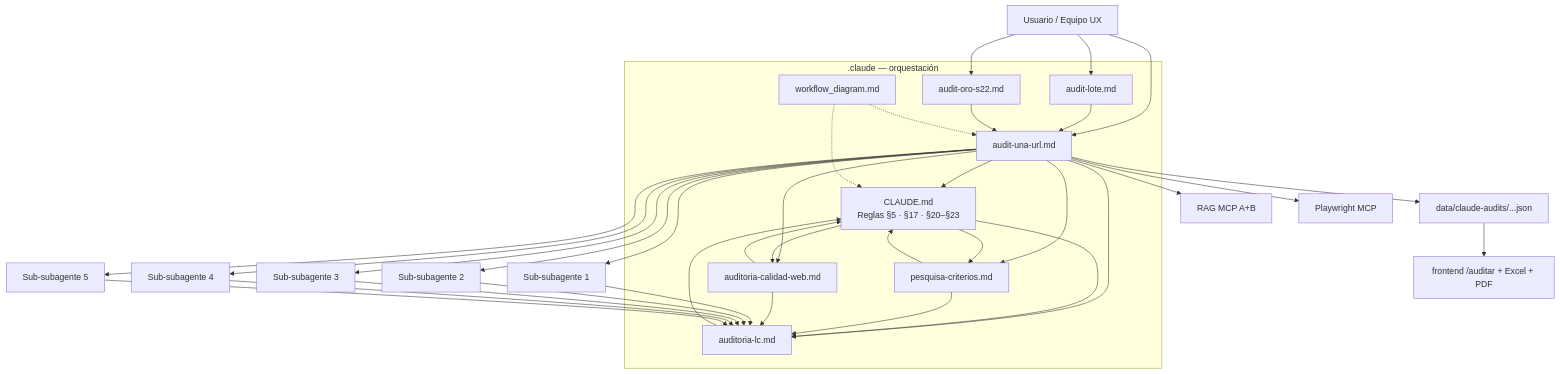
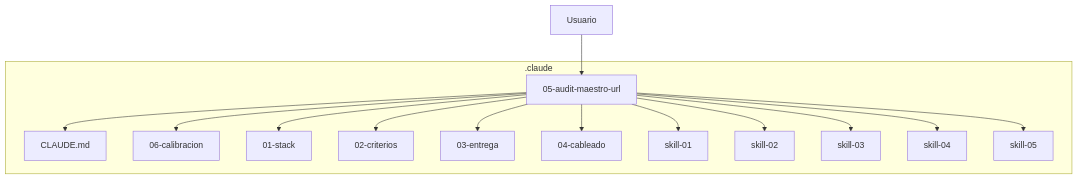
Before and after one commit to Fernandodesign96/lc-inapi.app: the first of 2 diagrams in .claude/diagrams/workflow_diagram.md, drawn with Mermaid. The commit also changed other lines of this file and 40 other files, not shown here.

````diff
--- a/.claude/diagrams/workflow_diagram.md
+++ b/.claude/diagrams/workflow_diagram.md
@@ -39,48 +18,29 @@
 ```mermaid
 flowchart TB
-  subgraph hub[".claude — orquestación"]
-    CM[CLAUDE.md<br/>Reglas §5 · §17 · §20–§23]
-    P1[audit-una-url.md]
-    P2[audit-lote.md]
-    P3[audit-oro-s22.md]
-    S1[auditoria-lc.md]
-    S2[auditoria-calidad-web.md]
-    S3[pesquisa-criterios.md]
-    DG[workflow_diagram.md]
+  subgraph hub[".claude"]
+    CM[CLAUDE.md]
+    P5[05-audit-maestro-url]
+    P6[06-calibracion]
+    P1[01-stack]
+    P2[02-criterios]
+    P3[03-entrega]
+    P4[04-cableado]
+    S1[skill-01]
+    S2[skill-02]
+    S3[skill-03]
+    S4[skill-04]
+    S5[skill-05]
   end
-
-  USER[Usuario / Equipo UX] --> P1
-  USER --> P2
-  USER --> P3
-  P2 --> P1
-  P3 --> P1
-  P1 --> CM
-  P1 --> S1
-  P1 --> S2
-  P1 --> S3
-  CM --> S1
-  CM --> S2
-  CM --> S3
-  S1 --> CM
-  S2 --> CM
-  S3 --> CM
-  S3 --> S1
-  S2 --> S1
-  DG -.-> CM
-  DG -.-> P1
-
-  P1 --> RAG[RAG MCP A+B]
-  P1 --> PW[Playwright MCP]
-  P1 --> G1[Sub-subagente 1]
-  P1 --> G2[Sub-subagente 2]
-  P1 --> G3[Sub-subagente 3]
-  P1 --> G4[Sub-subagente 4]
-  P1 --> G5[Sub-subagente 5]
-  G1 --> S1
-  G2 --> S1
-  G3 --> S1
-  G4 --> S1
-  G5 --> S1
-  P1 --> JSON[data/claude-audits/...json]
-  JSON --> FE[frontend /auditar + Excel + PDF]
+  U[Usuario] --> P5
+  P5 --> CM
+  P5 --> P6
+  P5 --> P1
+  P5 --> P2
+  P5 --> P3
+  P5 --> P4
+  P5 --> S1
+  P5 --> S2
+  P5 --> S3
+  P5 --> S4
+  P5 --> S5
 ```
````
